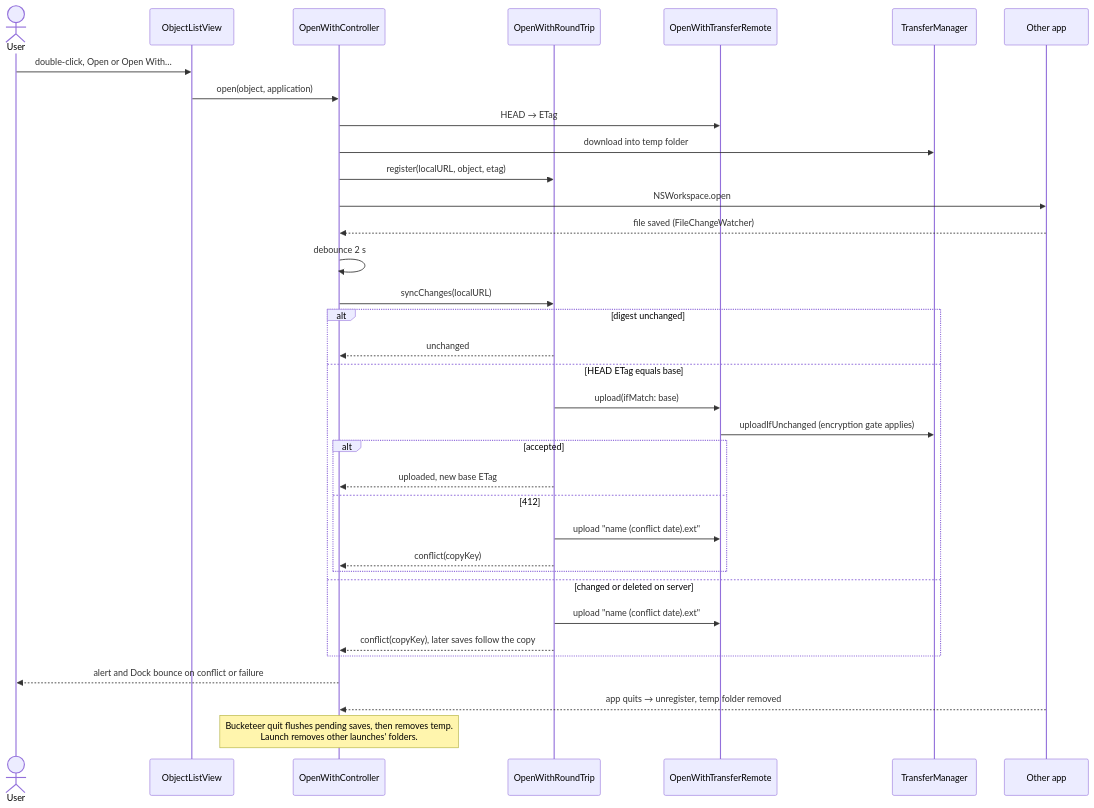
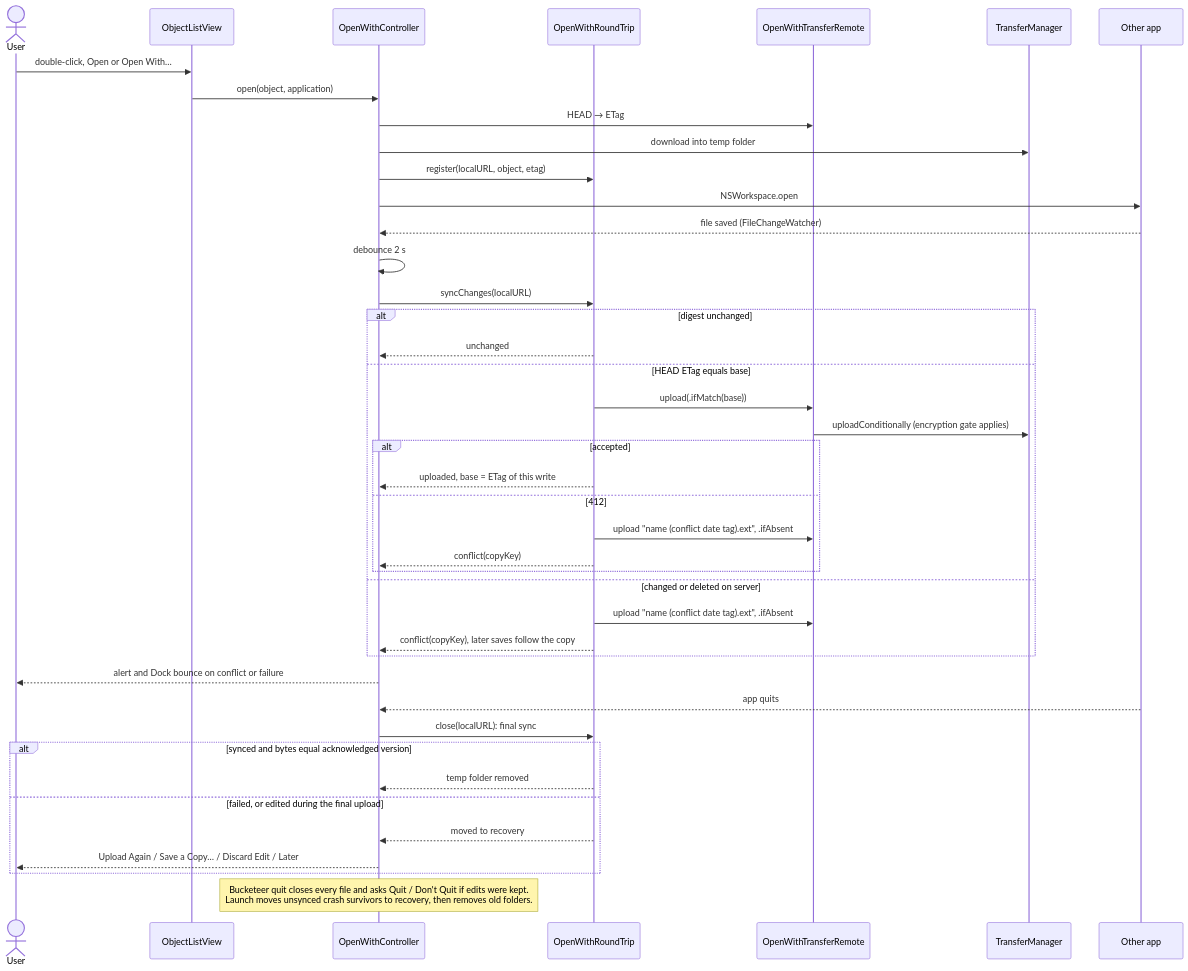
Before and after one commit to digitalfreedom-co-za/bucketeer: diagram 18 of 20 in docs/ARCHITECTURE.md, drawn with Mermaid. The commit also changed other lines of this file, not shown here.

First line of the commit message:
docs(architecture): Open With recovery, write ETags, atomic change tracking

````diff
--- a/docs/ARCHITECTURE.md
+++ b/docs/ARCHITECTURE.md
@@ -937,39 +969,46 @@
 ```mermaid
 sequenceDiagram
     actor User
     participant List as ObjectListView
     participant OWC as OpenWithController
     participant RT as OpenWithRoundTrip
     participant Remote as OpenWithTransferRemote
     participant TM as TransferManager
     participant App as Other app
 
     User->>List: double-click, Open or Open With…
     List->>OWC: open(object, application)
     OWC->>Remote: HEAD → ETag
     OWC->>TM: download into temp folder
     OWC->>RT: register(localURL, object, etag)
     OWC->>App: NSWorkspace.open
     App-->>OWC: file saved (FileChangeWatcher)
     OWC->>OWC: debounce 2 s
     OWC->>RT: syncChanges(localURL)
     alt digest unchanged
         RT-->>OWC: unchanged
     else HEAD ETag equals base
-        RT->>Remote: upload(ifMatch: base)
-        Remote->>TM: uploadIfUnchanged (encryption gate applies)
+        RT->>Remote: upload(.ifMatch(base))
+        Remote->>TM: uploadConditionally (encryption gate applies)
         alt accepted
-            RT-->>OWC: uploaded, new base ETag
+            RT-->>OWC: uploaded, base = ETag of this write
         else 412
-            RT->>Remote: upload "name (conflict date).ext"
+            RT->>Remote: upload "name (conflict date tag).ext", .ifAbsent
             RT-->>OWC: conflict(copyKey)
         end
     else changed or deleted on server
-        RT->>Remote: upload "name (conflict date).ext"
+        RT->>Remote: upload "name (conflict date tag).ext", .ifAbsent
         RT-->>OWC: conflict(copyKey), later saves follow the copy
     end
     OWC-->>User: alert and Dock bounce on conflict or failure
 
-    App-->>OWC: app quits → unregister, temp folder removed
-    Note over OWC: Bucketeer quit flushes pending saves, then removes temp.<br/>Launch removes other launches' folders.
+    App-->>OWC: app quits
+    OWC->>RT: close(localURL): final sync
+    alt synced and bytes equal acknowledged version
+        RT-->>OWC: temp folder removed
+    else failed, or edited during the final upload
+        RT-->>OWC: moved to recovery
+        OWC-->>User: Upload Again / Save a Copy… / Discard Edit / Later
+    end
+    Note over OWC: Bucketeer quit closes every file and asks Quit / Don't Quit if edits were kept.<br/>Launch moves unsynced crash survivors to recovery, then removes old folders.
 ```
````
